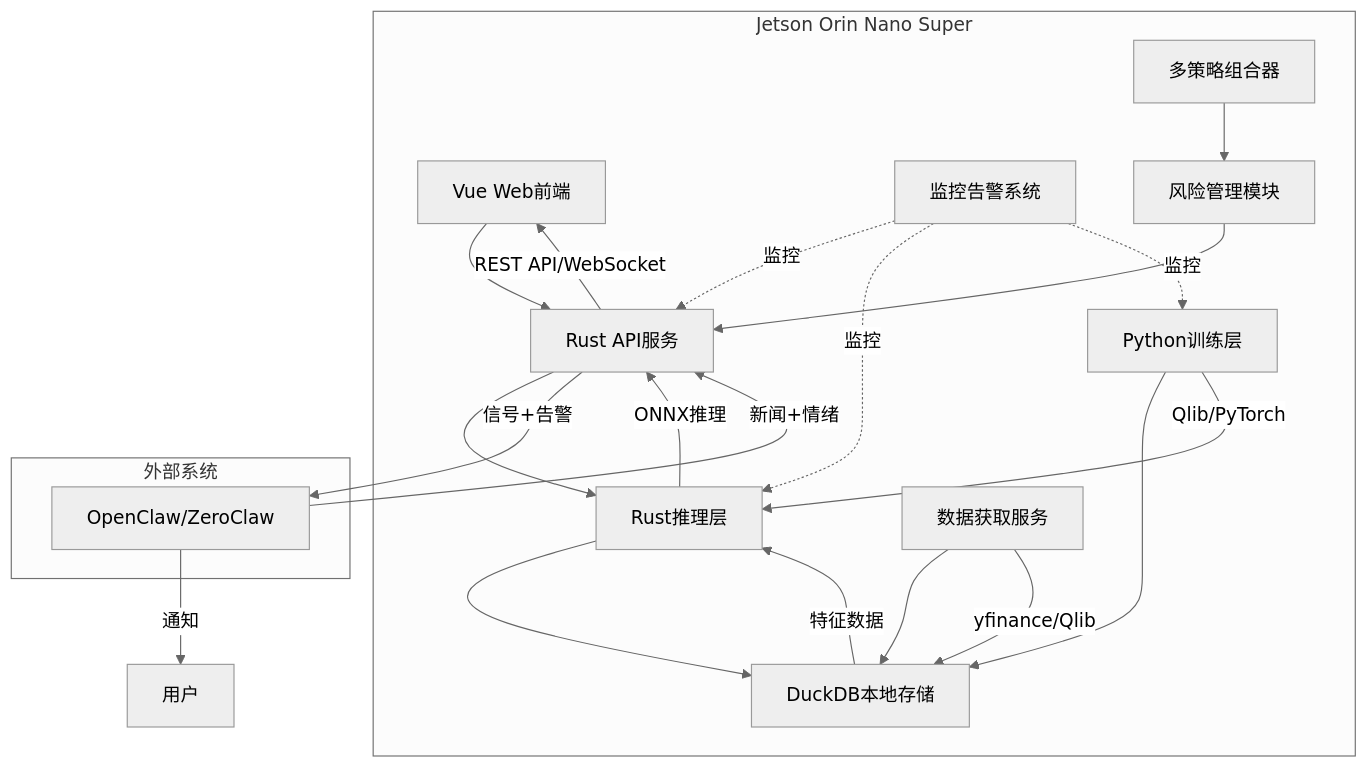
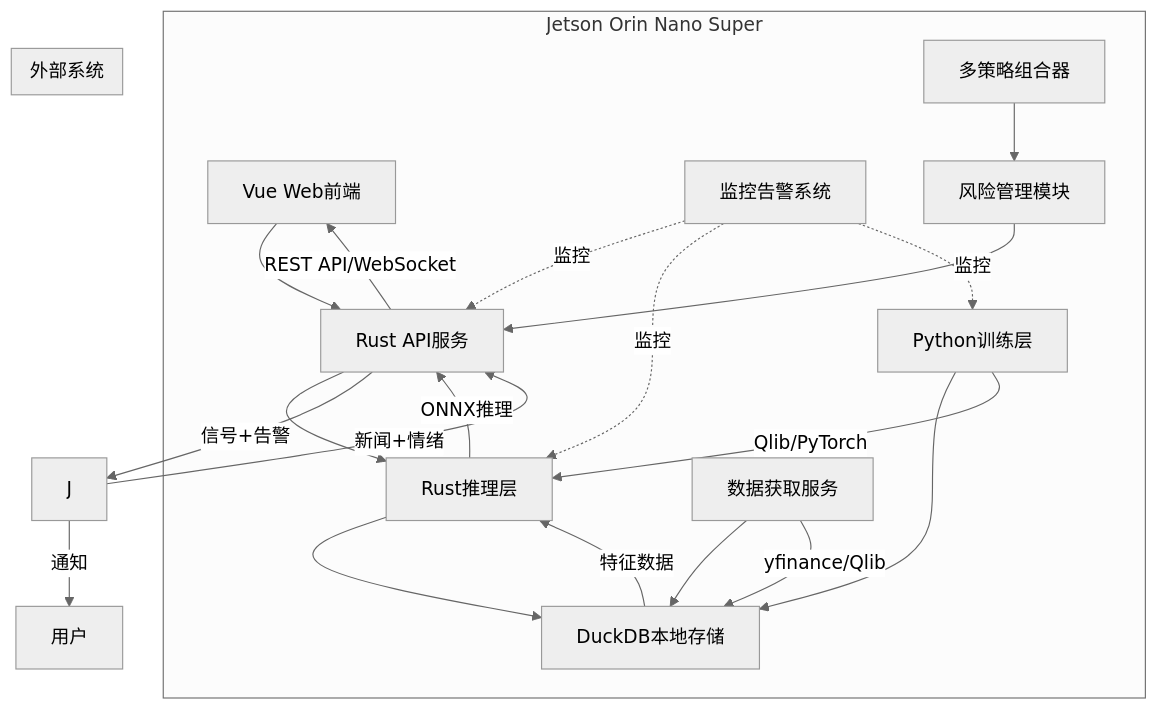
One commit to gsxhnd/QuantBot changed the diagram in docs/03-技术架构.md. Above: the diagram before and after it, drawn with Mermaid (neutral theme). The commit also changed other lines of this file and 14 other files, not shown here.

````diff
--- a/docs/03-技术架构.md
+++ b/docs/03-技术架构.md
@@ -18,29 +17,28 @@
 ```mermaid
 graph TD
     subgraph Jetson Orin Nano Super
         A[Vue Web前端] --> B[Rust API服务]
         B --> C[Rust推理层]
         C --> D[DuckDB本地存储]
         E[Python训练层] --> D
         F[数据获取服务] --> D
         G[监控告警系统] -.监控.-> B
         G -.监控.-> C
         G -.监控.-> E
         H[风险管理模块] --> B
         I[多策略组合器] --> H
     end
     
     subgraph 外部系统
-        J[OpenClaw/ZeroClaw]
     end
     
     B -->|REST API/WebSocket| A
     C -->|ONNX推理| B
     D -->|特征数据| C
     E -->|Qlib/PyTorch| C
     F -->|yfinance/Qlib| D
     
     J -->|新闻+情绪| B
     B -->|信号+告警| J
     J -->|通知| K[用户]
 ```
````
